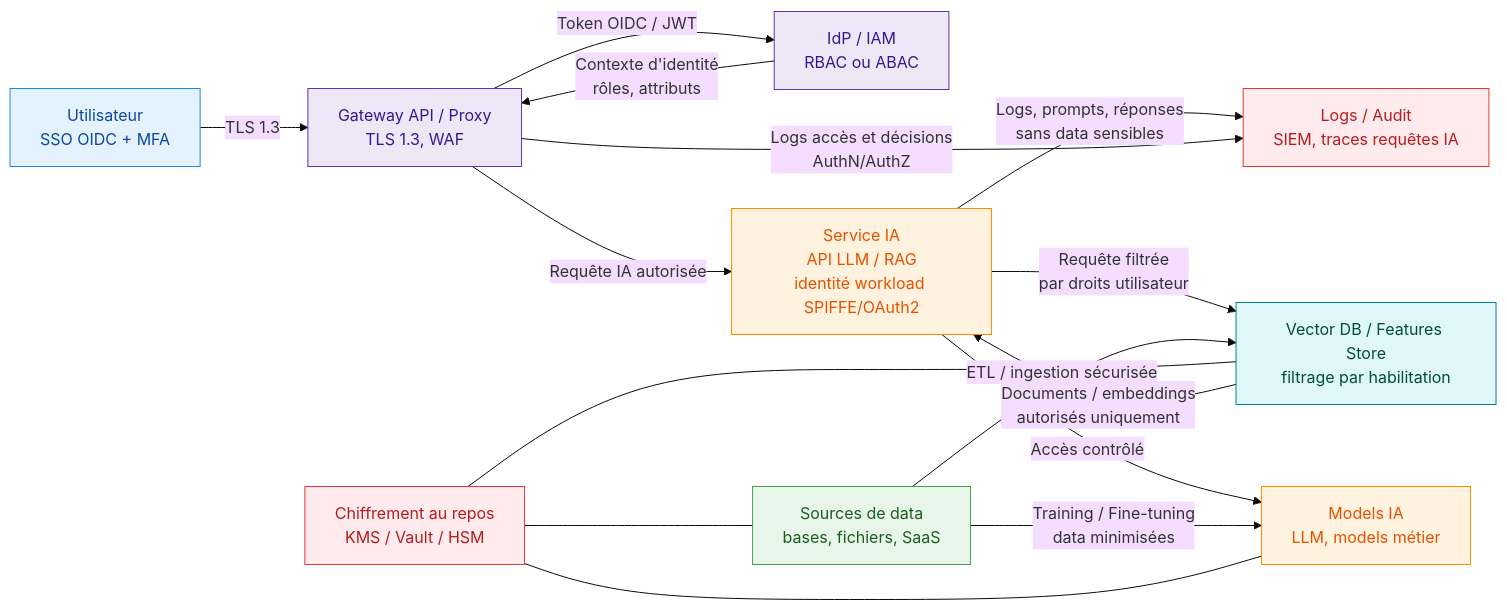
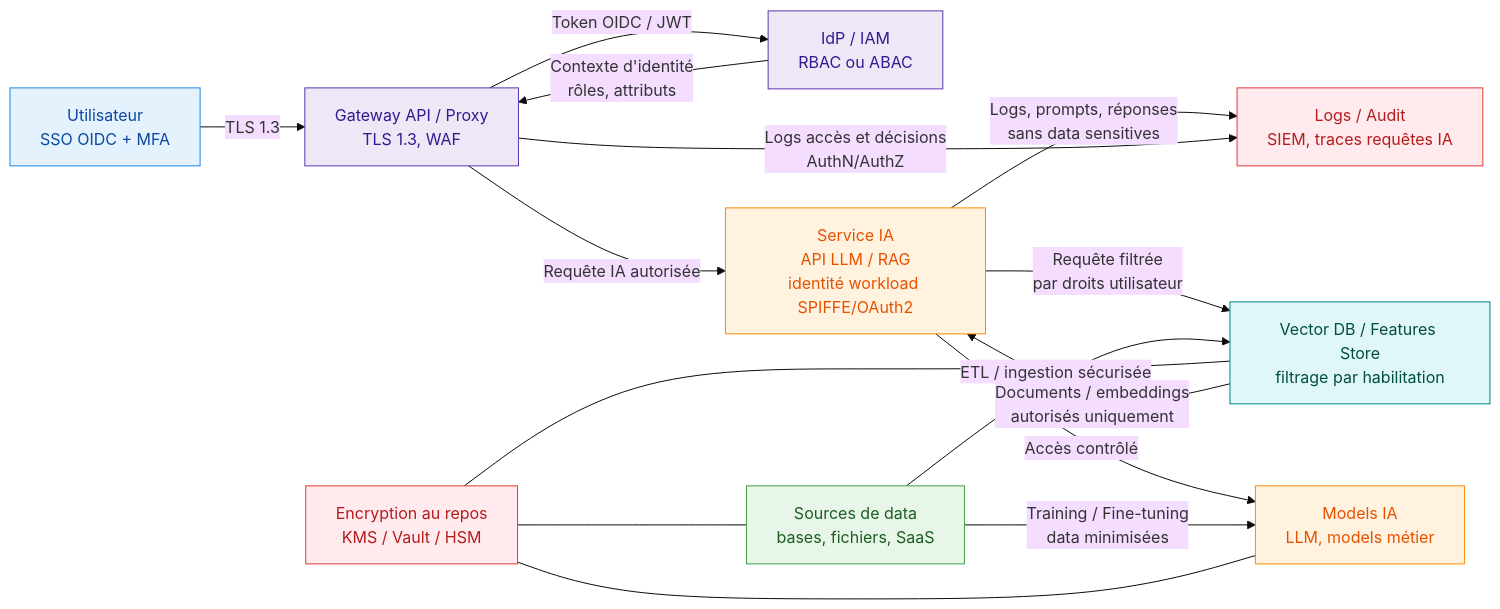
One commit to brunseba/ai-tech-watch changed the diagram in docs/use-cases/workflow-diagram-request.md. Above: the diagram before and after it, drawn with Mermaid (base theme). The commit also changed other lines of this file and 24 other files, not shown here.

````diff
--- a/docs/use-cases/workflow-diagram-request.md
+++ b/docs/use-cases/workflow-diagram-request.md
@@ -6,48 +6,48 @@
 ```mermaid
 flowchart LR
     %% Styles
     classDef user fill:#e3f2fd,stroke:#1e88e5,color:#0d47a1;
     classDef auth fill:#ede7f6,stroke:#5e35b1,color:#311b92;
     classDef data fill:#e8f5e9,stroke:#43a047,color:#1b5e20;
     classDef ai fill:#fff3e0,stroke:#fb8c00,color:#e65100;
     classDef sec fill:#ffebee,stroke:#e53935,color:#b71c1c;
     classDef store fill:#e0f7fa,stroke:#00838f,color:#004d40;
 
     %% Utilisateur
     U[Utilisateur<br/>SSO OIDC + MFA]:::user
 
     %% AuthN / AuthZ
     G[Gateway API / Proxy<br/>TLS 1.3, WAF]:::auth
     I[IdP / IAM<br/>RBAC ou ABAC]:::auth
 
     %% Couche IA
     S[Service IA<br/>API LLM / RAG<br/>identité workload SPIFFE/OAuth2]:::ai
     V[Vector DB / Features Store<br/>filtrage par habilitation]:::store
     M[Models IA<br/>LLM, models métier]:::ai
 
     %% Data
     D[Sources de data<br/>bases, fichiers, SaaS]:::data
-    C[Chiffrement au repos<br/>KMS / Vault / HSM]:::sec
+    C[Encryption au repos<br/>KMS / Vault / HSM]:::sec
     L[Logs / Audit<br/>SIEM, traces requêtes IA]:::sec
 
-    %% Flux utilisateur
+    %% Flow utilisateur
     U -->|TLS 1.3| G
     G -->|Token OIDC / JWT| I
     I -->|Contexte d'identité<br/>rôles, attributs| G
     G -->|Requête IA autorisée| S
 
-    %% Flux IA -> data
+    %% Flow IA -> data
     S -->|Requête filtrée<br/>par droits utilisateur| V
     S -->|Accès contrôlé| M
     V -->|Documents / embeddings<br/>autorisés uniquement| S
     D -->|ETL / ingestion sécurisée| V
     D -->|Training / Fine-tuning<br/>data minimisées| M
 
     %% Security transversale
     C --- D
     C --- V
     C --- M
 
-    S -->|Logs, prompts, réponses<br/>sans data sensibles| L
+    S -->|Logs, prompts, réponses<br/>sans data sensitives| L
     G -->|Logs accès et décisions<br/>AuthN/AuthZ| L
 ```
````
